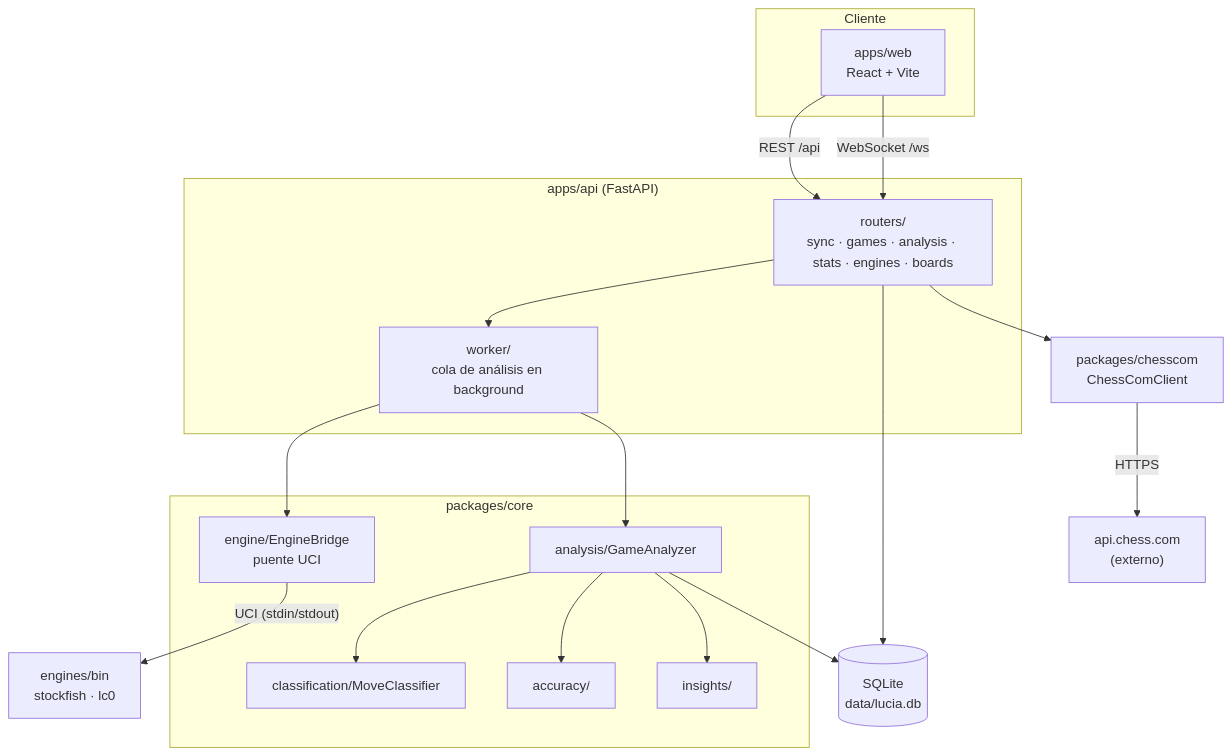
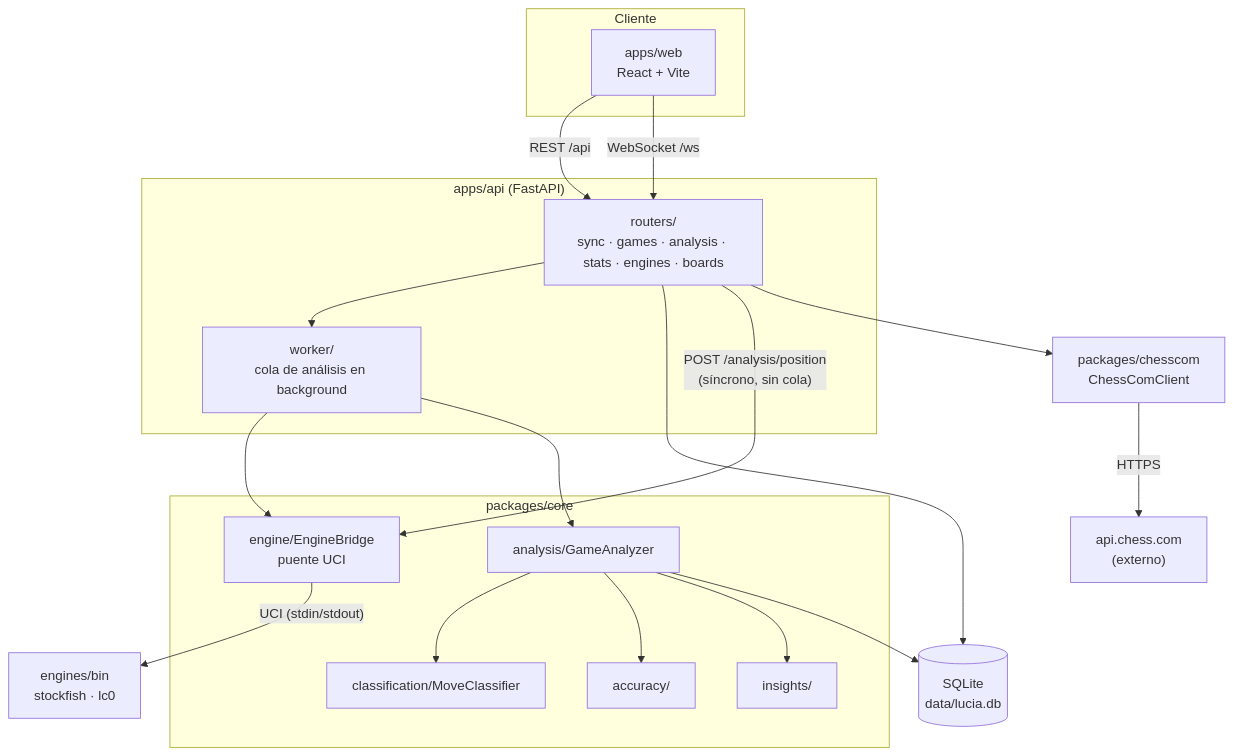
The first of 5 diagrams in docs/06-mapa-del-proyecto.md (SirJsus/LUCIA), drawn with Mermaid before and after one commit. The commit also changed other lines of this file and 86 other files, not shown here.

````diff
--- a/docs/06-mapa-del-proyecto.md
+++ b/docs/06-mapa-del-proyecto.md
@@ -22,38 +24,39 @@
 ```mermaid
 flowchart TB
     subgraph Cliente
         WEB["apps/web<br/>React + Vite"]
     end
 
     subgraph Servidor["apps/api (FastAPI)"]
         ROUTERS["routers/<br/>sync · games · analysis · stats · engines · boards"]
         WORKER["worker/<br/>cola de análisis en background"]
     end
 
     subgraph Nucleo["packages/core"]
         BRIDGE["engine/EngineBridge<br/>puente UCI"]
         ANALYSIS["analysis/GameAnalyzer"]
         CLASS["classification/MoveClassifier"]
         ACC["accuracy/"]
         INSIGHTS["insights/"]
     end
 
     CHESSCOM["packages/chesscom<br/>ChessComClient"]
     DB[("SQLite<br/>data/lucia.db")]
     ENGINES["engines/bin<br/>stockfish · lc0"]
     API_CHESSCOM["api.chess.com<br/>(externo)"]
 
     WEB -- "REST /api" --> ROUTERS
     WEB -- "WebSocket /ws" --> ROUTERS
     ROUTERS --> WORKER
     ROUTERS --> DB
+    ROUTERS -- "POST /analysis/position<br/>(síncrono, sin cola)" --> BRIDGE
     WORKER --> BRIDGE
     WORKER --> ANALYSIS
     ANALYSIS --> CLASS
     ANALYSIS --> ACC
     ANALYSIS --> INSIGHTS
     BRIDGE -- "UCI (stdin/stdout)" --> ENGINES
     ROUTERS --> CHESSCOM
     CHESSCOM -- "HTTPS" --> API_CHESSCOM
     ANALYSIS --> DB
 ```
````
